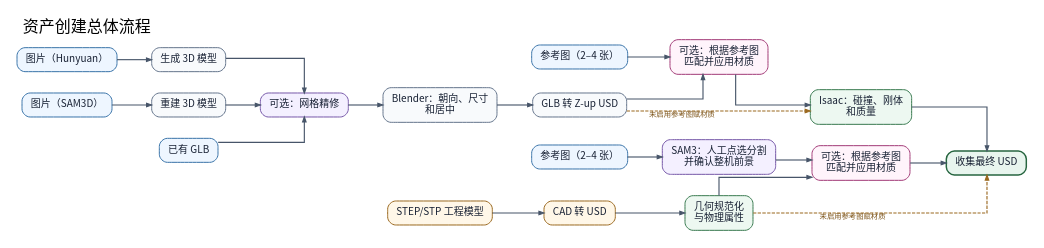
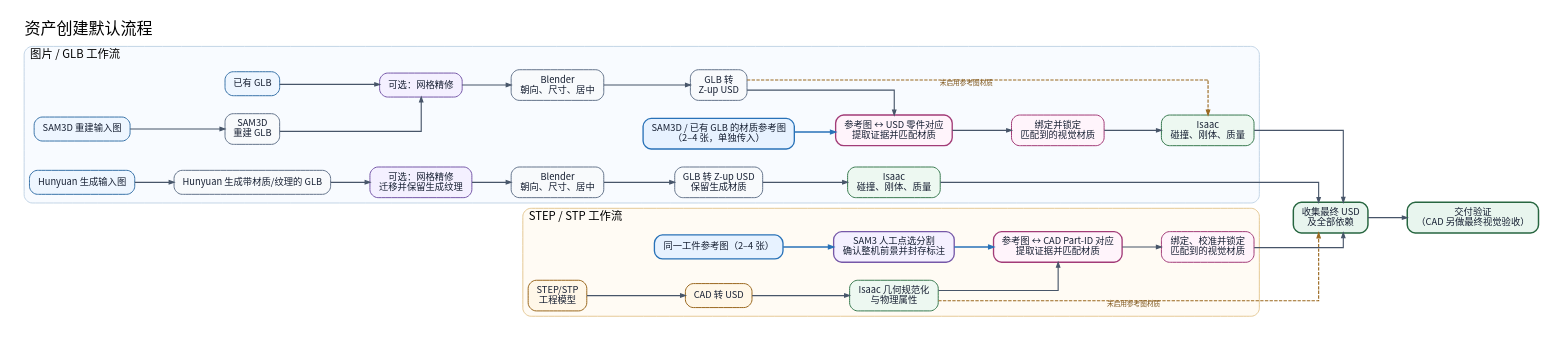
One commit to xia13111-coder/hunyuan_creation_pipeline changed the diagram in docs/assets/diagrams/pipeline-flow.zh.dot. Above: the diagram before and after it, drawn with Graphviz. The commit also changed 4 other files, not shown here.

Commit message:
Correct Hunyuan material flow diagram

```diff
--- a/docs/assets/diagrams/pipeline-flow.zh.dot
+++ b/docs/assets/diagrams/pipeline-flow.zh.dot
@@ -1,62 +1,162 @@
 digraph asset_pipeline {
   graph [
     rankdir=LR,
     bgcolor="white",
     fontname="Noto Sans CJK SC",
-    label="资产创建总体流程",
+    label="资产创建默认流程",
     labelloc=t,
     labeljust=l,
     fontsize=24,
-    nodesep=0.45,
-    ranksep=0.72,
-    pad=0.25,
-    splines=ortho
+    nodesep=0.38,
+    ranksep=0.82,
+    pad=0.28,
+    splines=ortho,
+    compound=true
   ];
   node [
     shape=box,
     style="rounded,filled",
     color="#64748b",
     fillcolor="#f8fafc",
     fontcolor="#172033",
     fontname="Noto Sans CJK SC",
-    fontsize=15,
+    fontsize=14,
     penwidth=1.5,
-    margin="0.18,0.12"
+    margin="0.16,0.11"
   ];
-  edge [color="#475569", penwidth=1.7, arrowsize=0.75];
+  edge [
+    color="#475569",
+    fontcolor="#475569",
+    fontname="Noto Sans CJK SC",
+    fontsize=10,
+    penwidth=1.7,
+    arrowsize=0.72
+  ];
 
-  h [label="图片（Hunyuan）", fillcolor="#eef6ff", color="#3973a8"];
-  hg [label="生成 3D 模型"];
-  s [label="图片（SAM3D）", fillcolor="#eef6ff", color="#3973a8"];
-  sg [label="重建 3D 模型"];
-  e [label="已有 GLB", fillcolor="#eef6ff", color="#3973a8"];
-  r [label="可选：网格精修", fillcolor="#f4f0ff", color="#7658a8"];
-  b [label="Blender：朝向、尺寸\n和居中"];
-  u [label="GLB 转 Z-up USD"];
-  gvi [label="参考图（2–4 张）", fillcolor="#eef6ff", color="#3973a8"];
-  gv [label="可选：根据参考图\n匹配并应用材质", fillcolor="#fff4fb", color="#a23b77"];
+  subgraph cluster_glb {
+    label="图片 / GLB 工作流";
+    labelloc=t;
+    labeljust=l;
+    fontsize=17;
+    fontname="Noto Sans CJK SC";
+    color="#bfd2e5";
+    fillcolor="#f8fbff";
+    style="rounded,filled";
+    penwidth=1.4;
 
-  c [label="STEP/STP 工程模型", fillcolor="#fff7e8", color="#9a681f"];
-  cu [label="CAD 转 USD", fillcolor="#fff7e8", color="#9a681f"];
-  cp [label="几何规范化\n与物理属性", fillcolor="#edf8f1", color="#397a50"];
-  vi [label="参考图（2–4 张）", fillcolor="#eef6ff", color="#3973a8"];
-  sm [label="SAM3：人工点选分割\n并确认整机前景", fillcolor="#f4f0ff", color="#7658a8"];
-  cv [label="可选：根据参考图\n匹配并应用材质", fillcolor="#fff4fb", color="#a23b77"];
+    h [label="Hunyuan 生成输入图", fillcolor="#eef6ff", color="#3973a8"];
+    hg [label="Hunyuan 生成带材质/纹理的 GLB"];
+    hr [label="可选：网格精修\n迁移并保留生成纹理", fillcolor="#f4f0ff", color="#7658a8"];
+    hb [label="Blender\n朝向、尺寸、居中"];
+    hu [label="GLB 转 Z-up USD\n保留生成材质"];
+    s [label="SAM3D 重建输入图", fillcolor="#eef6ff", color="#3973a8"];
+    sg [label="SAM3D\n重建 GLB"];
+    e [label="已有 GLB", fillcolor="#eef6ff", color="#3973a8"];
+    r [label="可选：网格精修", fillcolor="#f4f0ff", color="#7658a8"];
+    b [label="Blender\n朝向、尺寸、居中"];
+    u [label="GLB 转\nZ-up USD"];
 
-  p [label="Isaac：碰撞、刚体\n和质量", fillcolor="#edf8f1", color="#397a50"];
-  f [label="收集最终 USD", fillcolor="#e8f5ee", color="#276640", penwidth=2.2];
+    gvi [
+      label="SAM3D / 已有 GLB 的材质参考图\n（2–4 张，单独传入）",
+      fillcolor="#e7f2ff",
+      color="#2872b8",
+      penwidth=2.0
+    ];
+    gm [
+      label="参考图 ↔ USD 零件对应\n提取证据并匹配材质",
+      fillcolor="#fff4fb",
+      color="#a23b77",
+      penwidth=2.0
+    ];
+    ga [
+      label="绑定并锁定\n匹配到的视觉材质",
+      fillcolor="#fff4fb",
+      color="#a23b77"
+    ];
+    hp [label="Isaac\n碰撞、刚体、质量", fillcolor="#edf8f1", color="#397a50"];
+    gp [label="Isaac\n碰撞、刚体、质量", fillcolor="#edf8f1", color="#397a50"];
 
-  h -> hg -> r;
-  s -> sg -> r;
-  e -> r;
-  r -> b -> u -> gv -> p;
-  gvi -> gv;
-  u -> p [style=dashed, color="#9a681f", fontcolor="#7c5318", fontsize=11,
-           xlabel="未启用参考图赋材质"];
+    h -> hg -> hr -> hb -> hu -> hp;
+    s -> sg -> r;
+    e -> r;
+    r -> b -> u;
+    u -> gm;
+    gvi -> gm [color="#2872b8", penwidth=2.2];
+    gm -> ga -> gp;
+    u -> gp [
+      style=dashed,
+      color="#9a681f",
+      fontcolor="#7c5318",
+      xlabel="未启用参考图材质"
+    ];
+  }
 
-  c -> cu -> cp -> cv -> f;
-  vi -> sm -> cv;
-  cp -> f [style=dashed, color="#9a681f", fontcolor="#7c5318", fontsize=11,
-            xlabel="未启用参考图赋材质"];
-  p -> f;
+  subgraph cluster_cad {
+    label="STEP / STP 工作流";
+    labelloc=t;
+    labeljust=l;
+    fontsize=17;
+    fontname="Noto Sans CJK SC";
+    color="#e4c58e";
+    fillcolor="#fffbf4";
+    style="rounded,filled";
+    penwidth=1.4;
+
+    c [label="STEP/STP\n工程模型", fillcolor="#fff7e8", color="#9a681f"];
+    cu [label="CAD 转 USD", fillcolor="#fff7e8", color="#9a681f"];
+    cp [label="Isaac 几何规范化\n与物理属性", fillcolor="#edf8f1", color="#397a50"];
+
+    vi [
+      label="同一工件参考图（2–4 张）",
+      fillcolor="#e7f2ff",
+      color="#2872b8",
+      penwidth=2.0
+    ];
+    sm [
+      label="SAM3 人工点选分割\n确认整机前景并封存标注",
+      fillcolor="#f4f0ff",
+      color="#7658a8",
+      penwidth=2.0
+    ];
+    cm [
+      label="参考图 ↔ CAD Part-ID 对应\n提取证据并匹配材质",
+      fillcolor="#fff4fb",
+      color="#a23b77",
+      penwidth=2.0
+    ];
+    ca [
+      label="绑定、校准并锁定\n匹配到的视觉材质",
+      fillcolor="#fff4fb",
+      color="#a23b77"
+    ];
+
+    c -> cu -> cp;
+    vi -> sm -> cm [color="#2872b8", penwidth=2.2];
+    cp -> cm;
+    cm -> ca;
+  }
+
+  f [
+    label="收集最终 USD\n及全部依赖",
+    fillcolor="#e8f5ee",
+    color="#276640",
+    penwidth=2.2
+  ];
+  v [
+    label="交付验证\n（CAD 另做最终视觉验收）",
+    fillcolor="#e8f5ee",
+    color="#276640",
+    penwidth=2.2
+  ];
+
+  hp -> f;
+  gp -> f;
+  ca -> f;
+  cp -> f [
+    style=dashed,
+    color="#9a681f",
+    fontcolor="#7c5318",
+    xlabel="未启用参考图材质"
+  ];
+  f -> v;
 }
```
